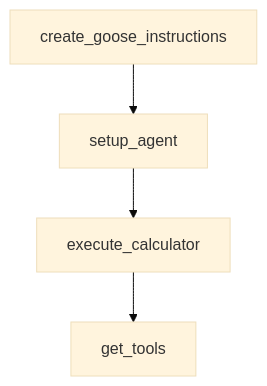
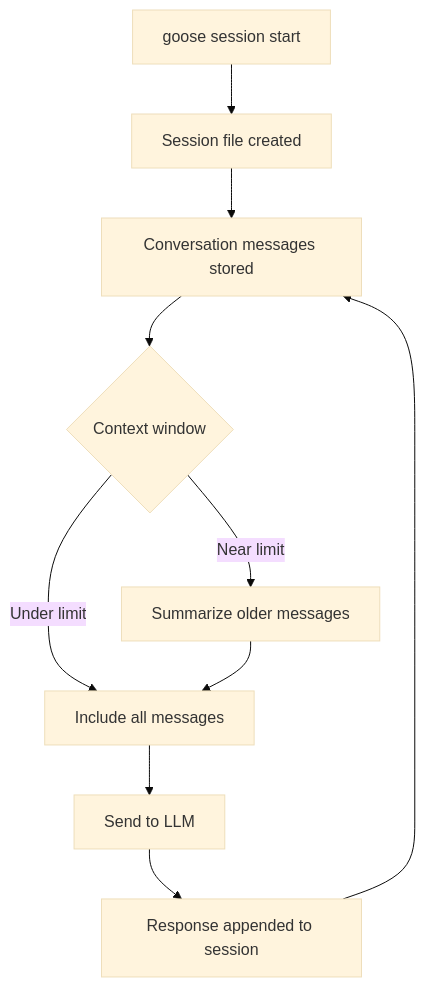
One commit to johnxie/awesome-code-docs changed the second of 2 diagrams in tutorials/goose-tutorial/05-sessions-and-context-management.md. Above: the diagram before and after it, drawn with Mermaid (base theme). The commit also changed other lines of this file and 1232 other files, not shown here.

````diff
--- a/tutorials/goose-tutorial/05-sessions-and-context-management.md
+++ b/tutorials/goose-tutorial/05-sessions-and-context-management.md
@@ -233,10 +179,12 @@
 ```mermaid
 flowchart TD
-    A[create_goose_instructions]
-    B[setup_agent]
-    C[execute_calculator]
-    D[get_tools]
-    A --> B
-    B --> C
-    C --> D
+    A[goose session start] --> B[Session file created]
+    B --> C[Conversation messages stored]
+    C --> D{Context window}
+    D -->|Under limit| E[Include all messages]
+    D -->|Near limit| F[Summarize older messages]
+    F --> E
+    E --> G[Send to LLM]
+    G --> H[Response appended to session]
+    H --> C
 ```
````
